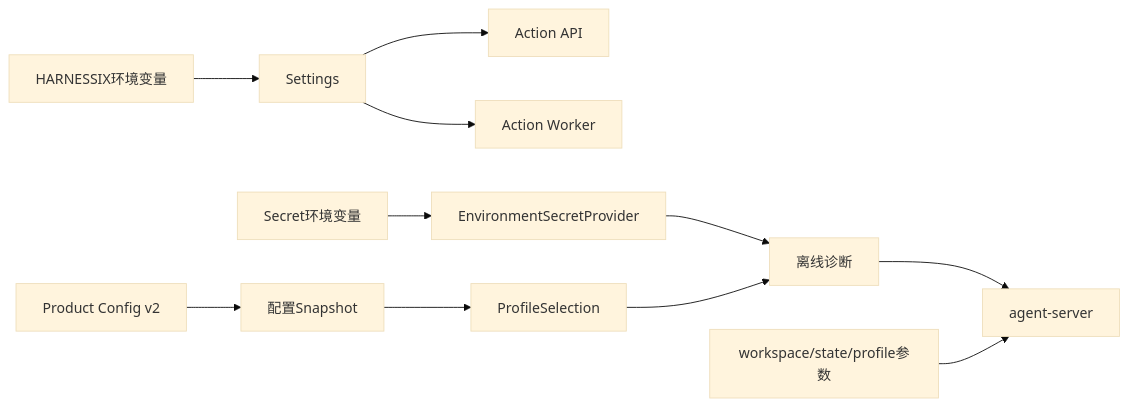
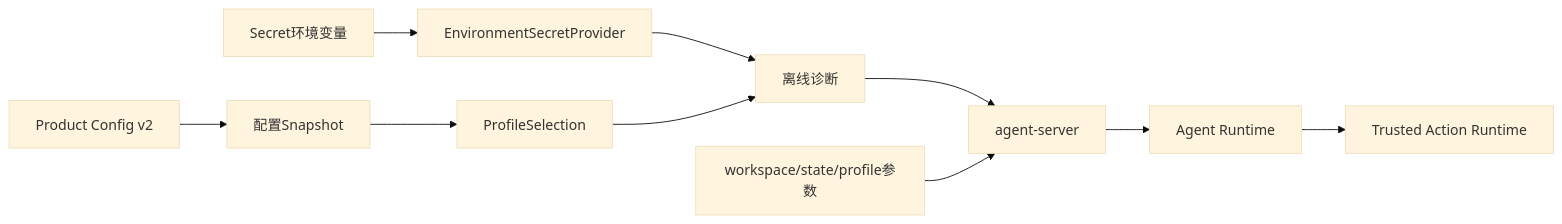
One commit to carrie1988/Harnessix changed the first of 2 diagrams in docs/operations/configuration.md. Above: the diagram before and after it, drawn with Mermaid (base theme). The commit also changed other lines of this file and 82 other files, not shown here.

````diff
--- a/docs/operations/configuration.md
+++ b/docs/operations/configuration.md
@@ -42,13 +39,12 @@
 ```mermaid
 flowchart LR
-    Env[HARNESSIX环境变量] --> Settings[Settings]
-    Settings --> API[Action API]
-    Settings --> Worker[Action Worker]
     File[Product Config v2] --> Snapshot[配置Snapshot]
     SecretEnv[Secret环境变量] --> SecretProvider[EnvironmentSecretProvider]
     Snapshot --> Selection[ProfileSelection]
     SecretProvider --> Diagnose[离线诊断]
     Selection --> Diagnose
     Diagnose --> Server[agent-server]
     CLI[workspace/state/profile参数] --> Server
+    Server --> Runtime[Agent Runtime]
+    Runtime --> Trusted[Trusted Action Runtime]
 ```
````
